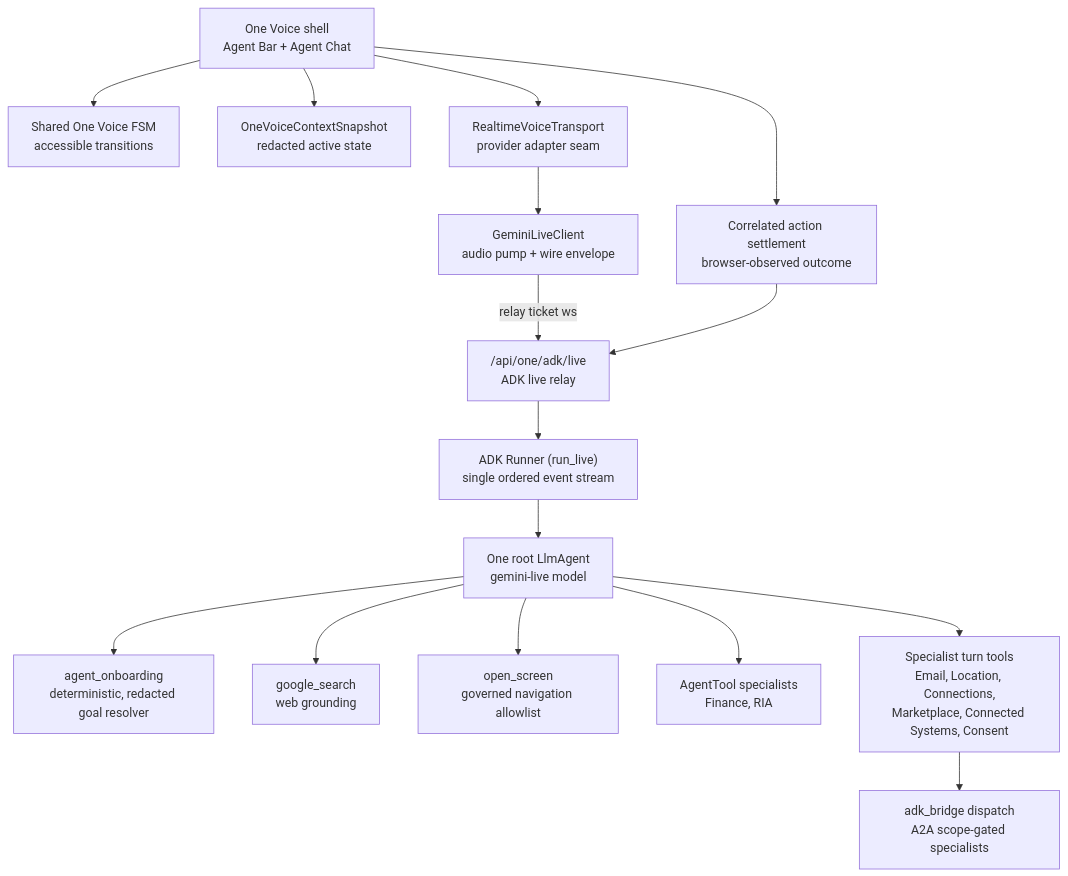
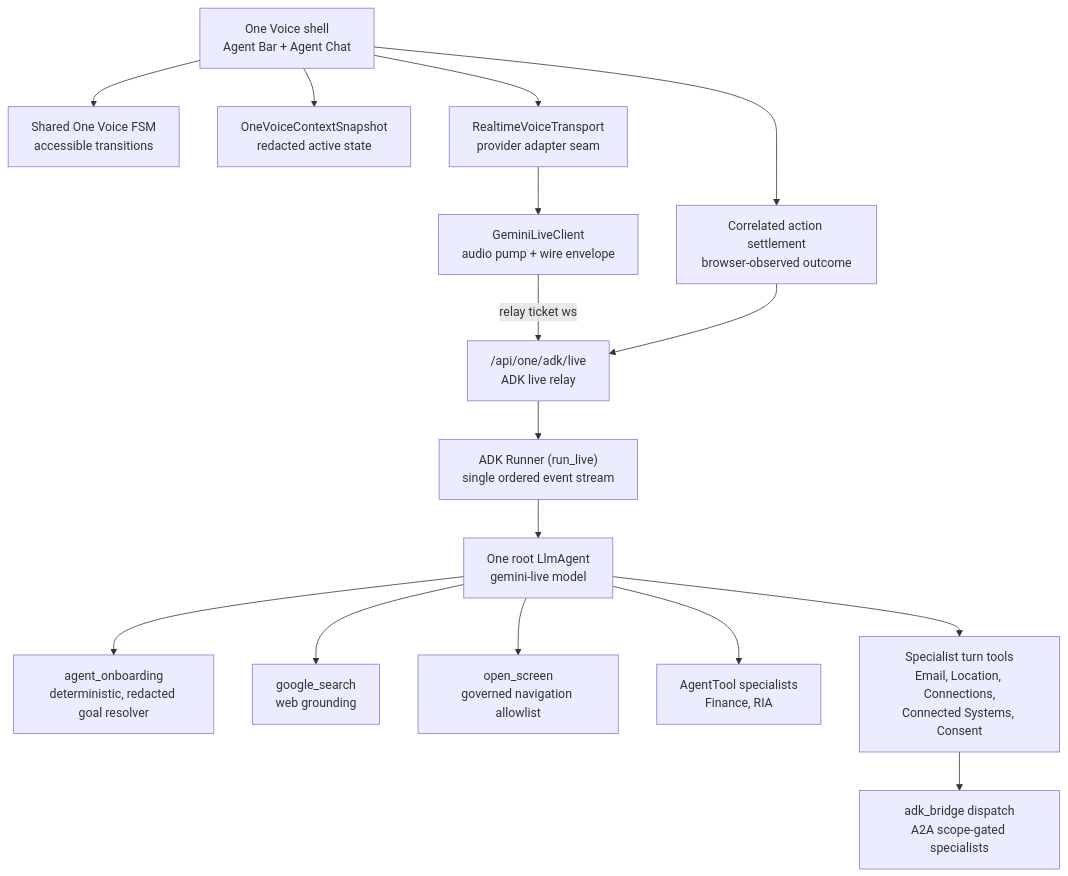
Before and after one commit to hushh-labs/hushh-research: the diagram in docs/reference/one/one-voice-runtime-architecture.md, drawn with Mermaid. The commit also changed other lines of this file and 249 other files, not shown here.

````diff
--- a/docs/reference/one/one-voice-runtime-architecture.md
+++ b/docs/reference/one/one-voice-runtime-architecture.md
@@ -7,34 +7,34 @@
 ```mermaid
 flowchart TD
   shell["One Voice shell<br/>Agent Bar + Agent Chat"]
   fsm["Shared One Voice FSM<br/>accessible transitions"]
   context["OneVoiceContextSnapshot<br/>redacted active state"]
   transport["RealtimeVoiceTransport<br/>provider adapter seam"]
   gemini["GeminiLiveClient<br/>audio pump + wire envelope"]
   settlement["Correlated action settlement<br/>browser-observed outcome"]
   relay["/api/one/adk/live<br/>ADK live relay"]
   runner["ADK Runner (run_live)<br/>single ordered event stream"]
   one["One root LlmAgent<br/>gemini-live model"]
   onboarding["agent_onboarding<br/>deterministic, redacted goal resolver"]
   search["google_search<br/>web grounding"]
   nav["open_screen<br/>governed navigation allowlist"]
   agenttools["AgentTool specialists<br/>Finance, RIA"]
-  fntools["Specialist turn tools<br/>Email, Location, Connections,<br/>Marketplace, Connected Systems, Consent"]
+  fntools["Specialist turn tools<br/>Email, Location, Connections,<br/>Connected Systems, Consent"]
   a2a["adk_bridge dispatch<br/>A2A scope-gated specialists"]
 
   shell --> fsm
   shell --> context
   shell --> transport
   transport --> gemini
   gemini -- "relay ticket ws" --> relay
   relay --> runner
   runner --> one
   one --> onboarding
   one --> search
   one --> nav
   one --> agenttools
   one --> fntools
   fntools --> a2a
   shell --> settlement
   settlement --> relay
 ```
````
